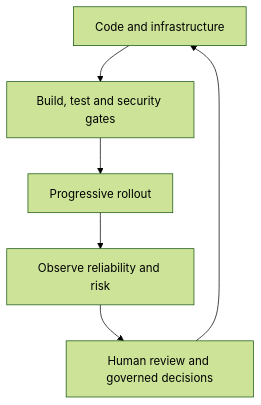
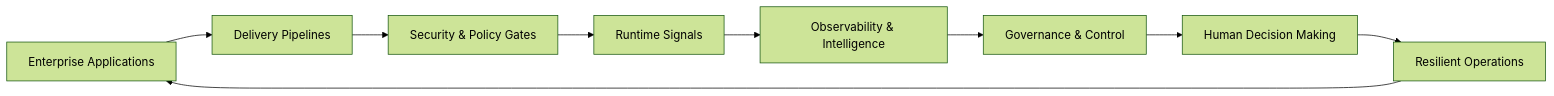
The diagram in README.md (Raghuramreddy-t/Raghuramreddy-t), drawn with Mermaid (forest theme) before and after one commit. The commit also changed other lines of this file, not shown here.

````diff
--- a/README.md
+++ b/README.md
@@ -63,8 +44,11 @@
 ```mermaid
-flowchart TD
-    A[Code and infrastructure] --> B[Build, test and security gates]
-    B --> C[Progressive rollout]
-    C --> D[Observe reliability and risk]
-    D --> E[Human review and governed decisions]
-    E --> A
+flowchart LR
+    A[Enterprise Applications] --> B[Delivery Pipelines]
+    B --> C[Security & Policy Gates]
+    C --> D[Runtime Signals]
+    D --> E[Observability & Intelligence]
+    E --> F[Governance & Control]
+    F --> G[Human Decision Making]
+    G --> H[Resilient Operations]
+    H --> A
 ```
````
